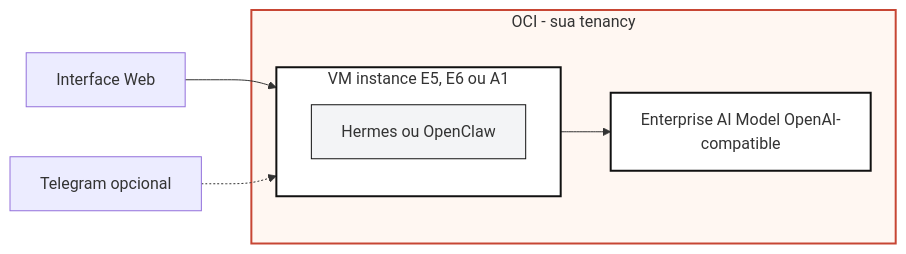
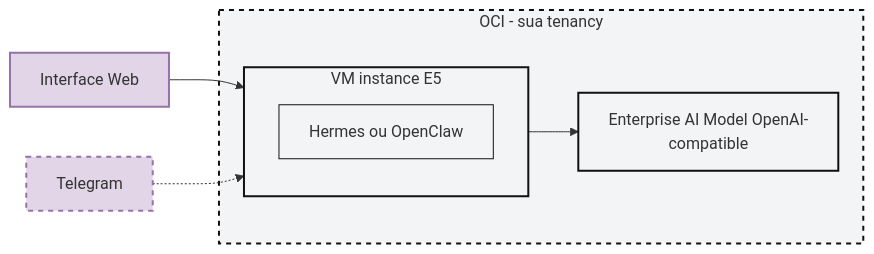
The diagram in Agent Station Experience/README.md (Gusttavosant/oracle), drawn with Mermaid before and after one commit.

Commit message:
Update README.md for Agent Station Experience

````diff
--- a/Agent Station Experience/README.md
+++ b/Agent Station Experience/README.md
@@ -35,22 +35,27 @@
 ```mermaid
 flowchart LR
     Web["Interface Web"]
-    Telegram["Telegram opcional"]
+    Telegram["Telegram"]
 
     subgraph OCI["OCI - sua tenancy"]
-        subgraph VM["VM instance E5, E6 ou A1"]
+        subgraph VM["VM instance E5"]
             App["Hermes ou OpenClaw"]
         end
         Model["Enterprise AI Model OpenAI-compatible"]
 
         VM --> Model
     end
 
     Web --> VM
     Telegram -.-> VM
 
-    style OCI fill:#fff7f2,stroke:#c74634,stroke-width:2px
-    style VM fill:#ffffff,stroke:#111111,stroke-width:2px
+    class Web,Telegram purpleBox
+    classDef purpleBox fill:#e1d5e7,stroke:#9673a6,stroke-width:2px
+
+    style Telegram stroke-dasharray: 5 5
+
+    style OCI fill:#f3f4f6,stroke:#111111,stroke-width:2px,stroke-dasharray: 5 5
+    style VM fill:#f3f4f6,stroke:#111111,stroke-width:2px
     style App fill:#f3f4f6,stroke:#111111,stroke-width:1px
-    style Model fill:#ffffff,stroke:#111111,stroke-width:2px
+    style Model fill:#f3f4f6,stroke:#111111,stroke-width:2px
 ```
````
